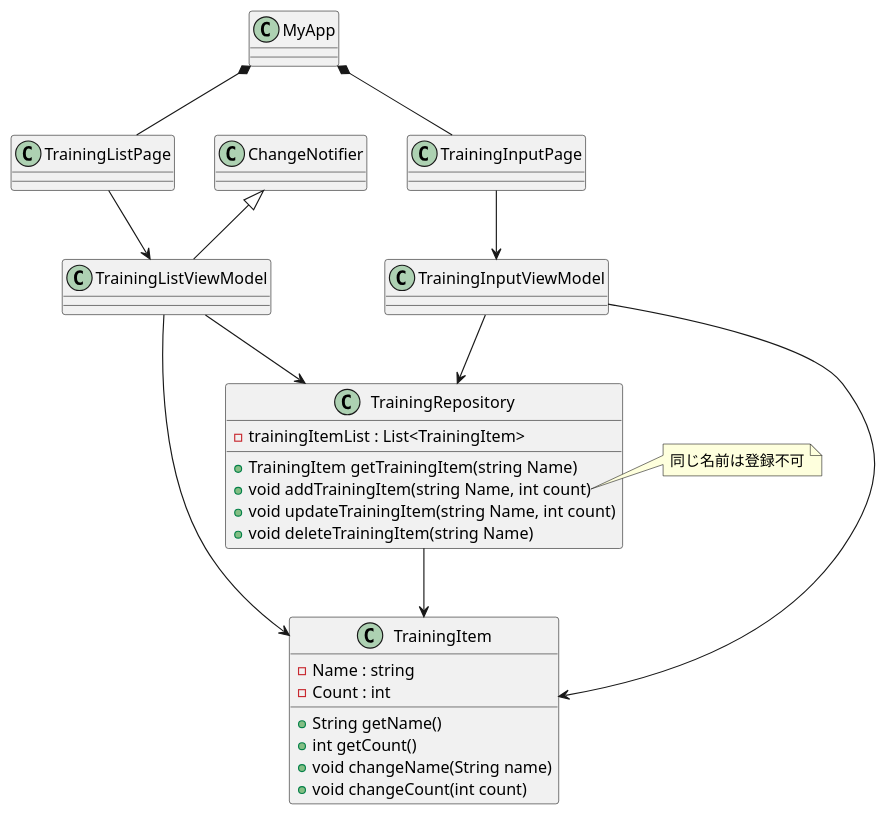
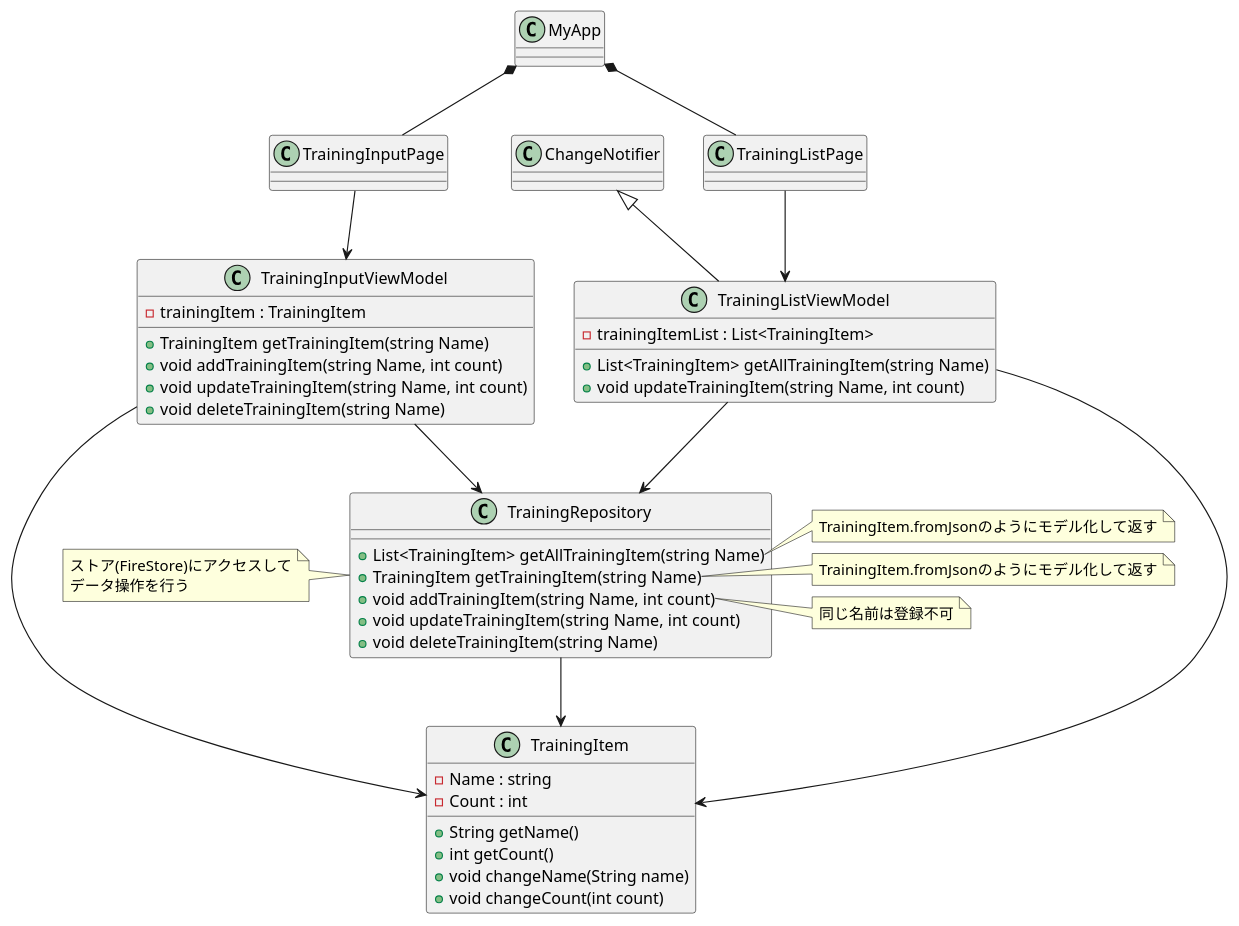
One commit to i-tanaka730/muscle_training_counter changed the diagram in doc/クラス設計.pu. Above: the diagram before and after it, drawn with PlantUML.

Commit message:
doc: クラス設計の更新。

```diff
--- a/doc/クラス設計.pu
+++ b/doc/クラス設計.pu
@@ -1,38 +1,65 @@
 @startuml
-
 
 MyApp *-- TrainingListPage
 MyApp *-- TrainingInputPage
 
 TrainingListPage  -->  TrainingListViewModel
 TrainingInputPage  -->  TrainingInputViewModel
 
 TrainingListViewModel --> TrainingRepository
 TrainingInputViewModel --> TrainingRepository
 ChangeNotifier <|-- TrainingListViewModel
 
 TrainingListViewModel --> TrainingItem
 TrainingInputViewModel --> TrainingItem
 TrainingRepository --> TrainingItem
 
-class TrainingRepository {
+class TrainingListViewModel {
   - trainingItemList : List<TrainingItem>
+  + List<TrainingItem> getAllTrainingItem(string Name)
+  + void updateTrainingItem(string Name, int count)
+}
+
+class TrainingInputViewModel {
+  - trainingItem : TrainingItem
   + TrainingItem getTrainingItem(string Name)
   + void addTrainingItem(string Name, int count)
   + void updateTrainingItem(string Name, int count)
   + void deleteTrainingItem(string Name)
 }
+
+class TrainingRepository {
+  + List<TrainingItem> getAllTrainingItem(string Name)
+  + TrainingItem getTrainingItem(string Name)
+  + void addTrainingItem(string Name, int count)
+  + void updateTrainingItem(string Name, int count)
+  + void deleteTrainingItem(string Name)
+}
+
+note left of TrainingRepository
+  ストア(FireStore)にアクセスして
+  データ操作を行う
+end note
+
+note right of TrainingRepository::getAllTrainingItem
+  TrainingItem.fromJsonのようにモデル化して返す
+end note
+
+note right of TrainingRepository::getTrainingItem
+  TrainingItem.fromJsonのようにモデル化して返す
+end note
+
 note right of TrainingRepository::addTrainingItem
   同じ名前は登録不可
 end note
 
 class TrainingItem {
   - Name : string
   - Count : int
   + String getName()
   + int getCount()
   + void changeName(String name)
   + void changeCount(int count)
 }
 
 @enduml
```
